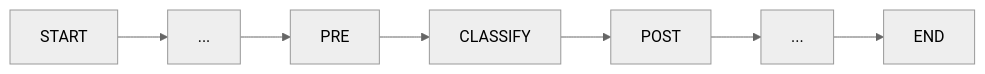
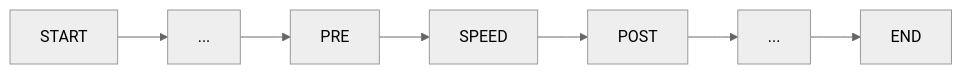
One commit to imahamdan/ctt_docs changed the third of 11 diagrams in Writerside/topics/convergedvminsearch-1.md. Above: the diagram before and after it, drawn with Mermaid (neutral theme). The commit also changed other lines of this file and 11 other files, not shown here.

````diff
--- a/Writerside/topics/convergedvminsearch-1.md
+++ b/Writerside/topics/convergedvminsearch-1.md
@@ -57,4 +73,4 @@
 ```mermaid
 graph LR
-  T10["START"] --> T0["..."] --> T1["PRE"] --> T2["CLASSIFY"] --> T4["POST"] --> TN["..."]--> TE["END"]
+  T10["START"] --> T0["..."] --> T1["PRE"] --> T2["SPEED"] --> T4["POST"] --> TN["..."]--> TE["END"]
 ```
````
